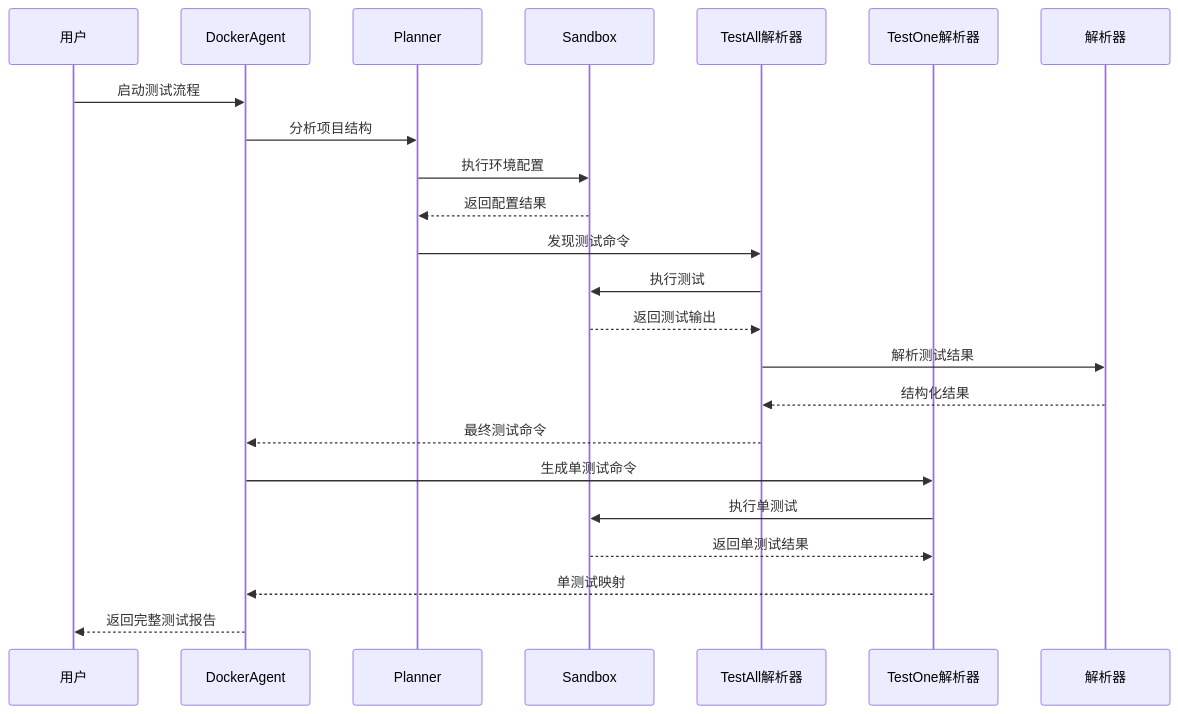
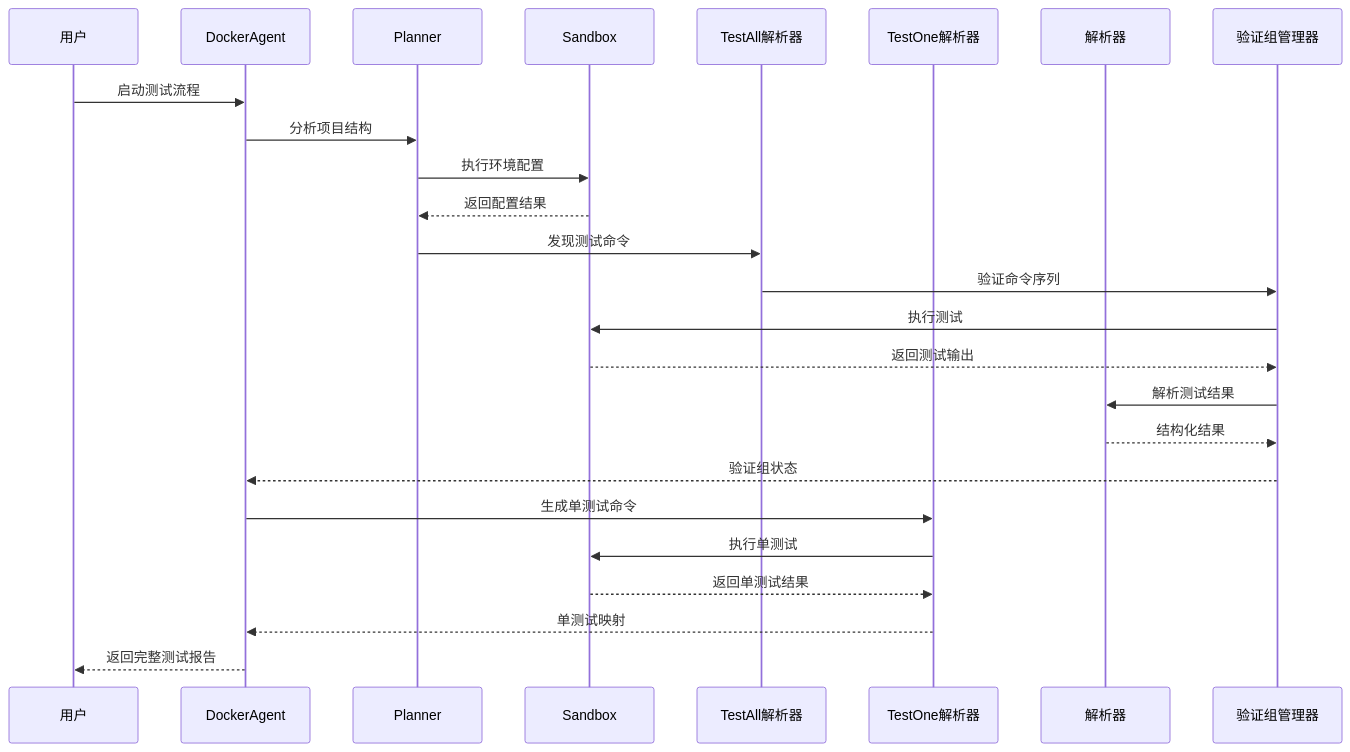
Before and after one commit to Jayint/Jayint-repo: the second of 9 diagrams in .qoder/repowiki/zh/content/核心组件/多Docker评估系统/结构化测试命令解析.md, drawn with Mermaid. The commit also changed other lines of this file and 497 other files, not shown here.

````diff
--- a/.qoder/repowiki/zh/content/核心组件/多Docker评估系统/结构化测试命令解析.md
+++ b/.qoder/repowiki/zh/content/核心组件/多Docker评估系统/结构化测试命令解析.md
@@ -124,25 +149,27 @@
 ```mermaid
 sequenceDiagram
 participant User as 用户
 participant Agent as DockerAgent
 participant Planner as Planner
 participant Sandbox as Sandbox
 participant TestAll as TestAll解析器
 participant TestOne as TestOne解析器
 participant Parser as 解析器
+participant Verifier as 验证组管理器
 User->>Agent : 启动测试流程
 Agent->>Planner : 分析项目结构
 Planner->>Sandbox : 执行环境配置
 Sandbox-->>Planner : 返回配置结果
 Planner->>TestAll : 发现测试命令
-TestAll->>Sandbox : 执行测试
-Sandbox-->>TestAll : 返回测试输出
-TestAll->>Parser : 解析测试结果
-Parser-->>TestAll : 结构化结果
-TestAll-->>Agent : 最终测试命令
+TestAll->>Verifier : 验证命令序列
+Verifier->>Sandbox : 执行测试
+Sandbox-->>Verifier : 返回测试输出
+Verifier->>Parser : 解析测试结果
+Parser-->>Verifier : 结构化结果
+Verifier-->>Agent : 验证组状态
 Agent->>TestOne : 生成单测试命令
 TestOne->>Sandbox : 执行单测试
 Sandbox-->>TestOne : 返回单测试结果
 TestOne-->>Agent : 单测试映射
 Agent-->>User : 返回完整测试报告
 ```
````
